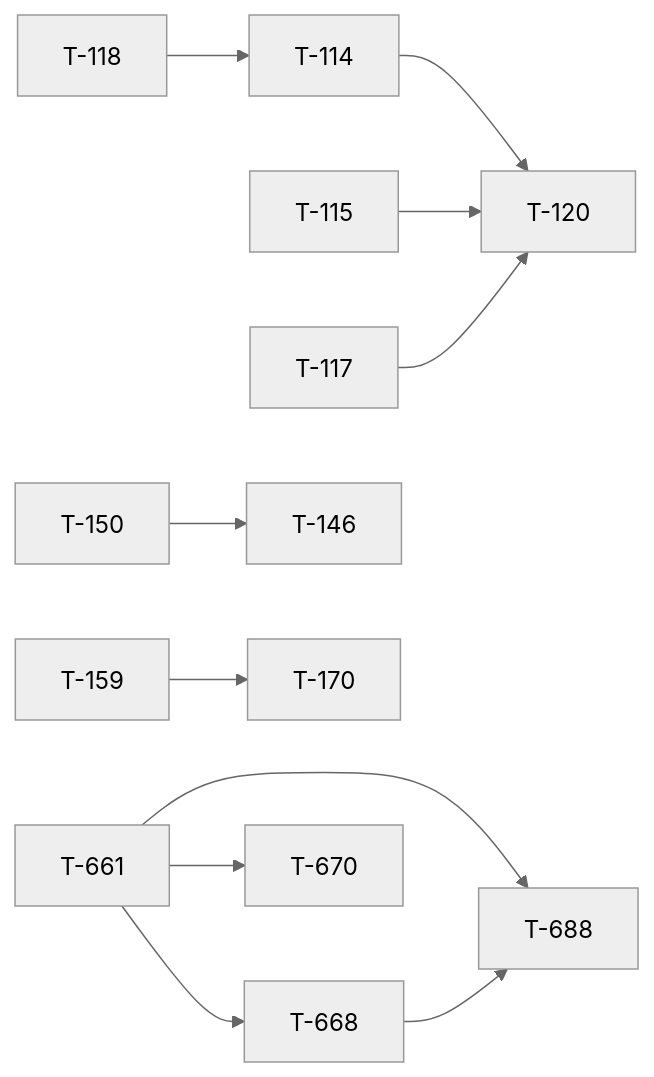
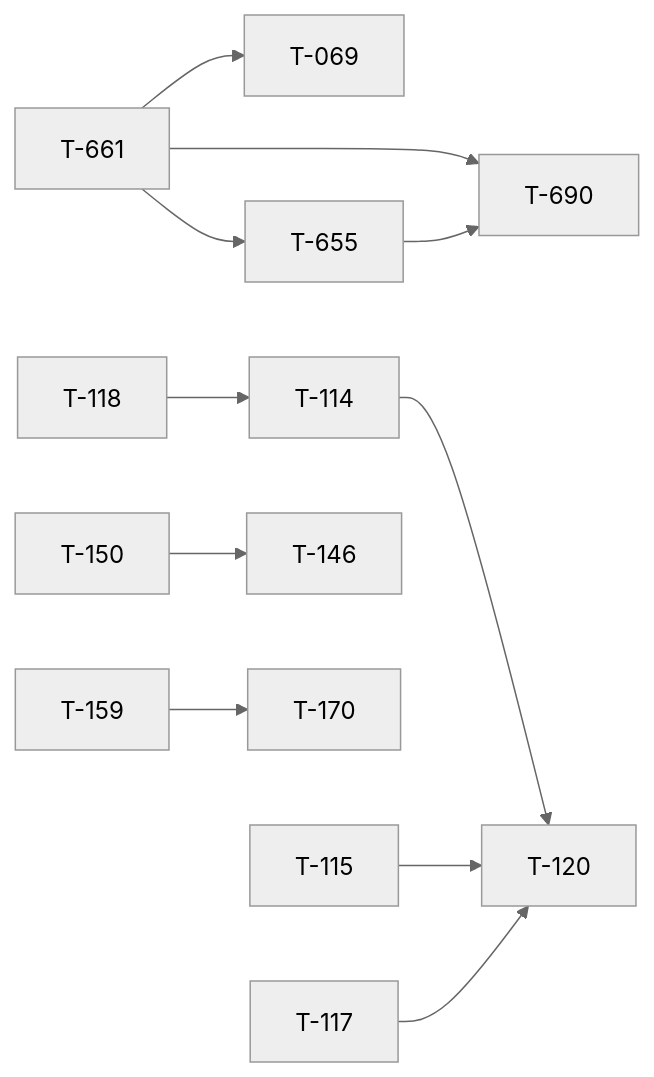
The diagram in docs/TICKET_LEAD.md (darkforce09/TBD-reforger), drawn with Mermaid (neutral theme) before and after one commit. The commit also changed other lines of this file and 8 other files, not shown here.

````diff
--- a/docs/TICKET_LEAD.md
+++ b/docs/TICKET_LEAD.md
@@ -28,13 +32,13 @@
 ```mermaid
 flowchart LR
+  T661[T-661] --> T069[T-069]
   T118[T-118] --> T114[T-114]
   T114[T-114] --> T120[T-120]
   T115[T-115] --> T120[T-120]
   T117[T-117] --> T120[T-120]
   T150[T-150] --> T146[T-146]
   T159[T-159] --> T170[T-170]
-  T661[T-661] --> T668[T-668]
-  T661[T-661] --> T670[T-670]
-  T661[T-661] --> T688[T-688]
-  T668[T-668] --> T688[T-688]
+  T661[T-661] --> T655[T-655]
+  T661[T-661] --> T690[T-690]
+  T655[T-655] --> T690[T-690]
 ```
````
